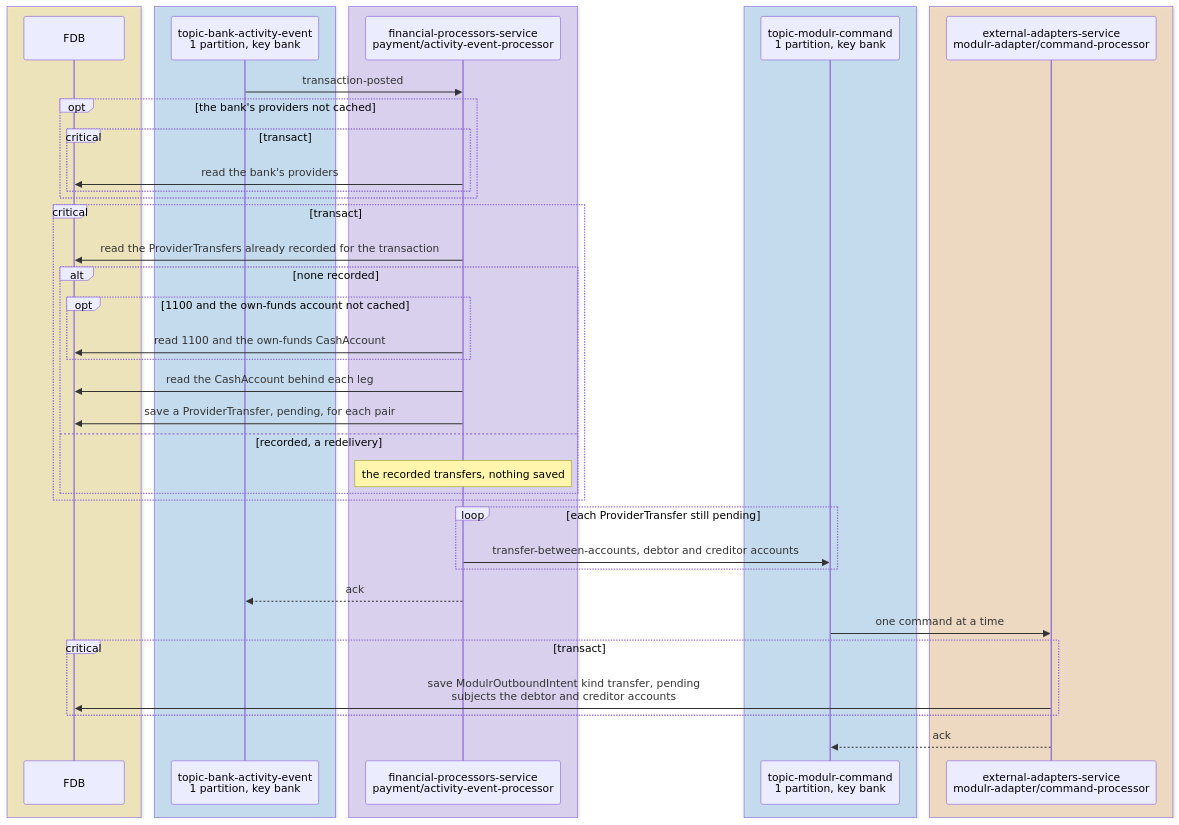
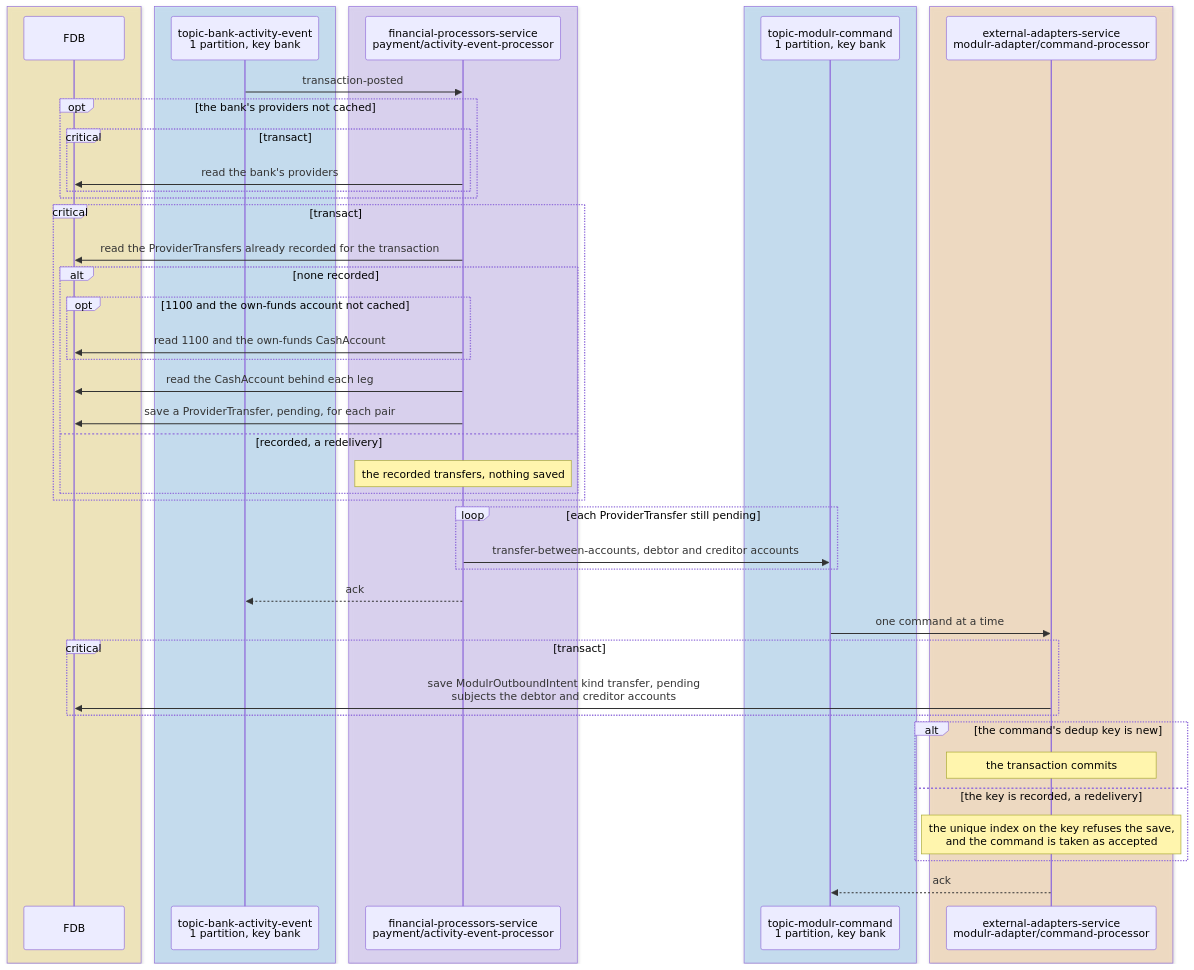
One commit to repldriven/queenswood changed the fifth of 7 diagrams in docs/tdd/payments-internal.md. Above: the diagram before and after it, drawn with Mermaid. The commit also changed other lines of this file, not shown here.

First line of the commit message:
Draw each FDB transaction as a commit to it, and name every participant as it is in the code

````diff
--- a/docs/tdd/payments-internal.md
+++ b/docs/tdd/payments-internal.md
@@ -170,45 +242,50 @@
 ```mermaid
 sequenceDiagram
     box rgba(255, 236, 153, 0.5)
     participant DB as FDB
     end
     box rgba(165, 216, 255, 0.45)
     participant AE as topic-bank-activity-event<br/>1 partition, key bank
     end
     box rgba(208, 191, 255, 0.45)
     participant AP as financial-processors-service<br/>payment/activity-event-processor
     end
     box rgba(165, 216, 255, 0.45)
     participant MC as topic-modulr-command<br/>1 partition, key bank
     end
     box rgba(255, 216, 168, 0.5)
     participant AD as external-adapters-service<br/>modulr-adapter/command-processor
     end
     AE->>AP: transaction-posted
     opt the bank's providers not cached
     critical transact
     AP->>DB: read the bank's providers
     end
     end
     critical transact
     AP->>DB: read the ProviderTransfers already recorded for the transaction
     alt none recorded
     opt 1100 and the own-funds account not cached
     AP->>DB: read 1100 and the own-funds CashAccount
     end
     AP->>DB: read the CashAccount behind each leg
     AP->>DB: save a ProviderTransfer, pending, for each pair
     else recorded, a redelivery
     Note over AP: the recorded transfers, nothing saved
     end
     end
     loop each ProviderTransfer still pending
     AP->>MC: transfer-between-accounts, debtor and creditor accounts
     end
     AP-->>AE: ack
     MC->>AD: one command at a time
     critical transact
     AD->>DB: save ModulrOutboundIntent kind transfer, pending<br/>subjects the debtor and creditor accounts
     end
+    alt the command's dedup key is new
+    Note over AD: the transaction commits
+    else the key is recorded, a redelivery
+    Note over AD: the unique index on the key refuses the save,<br/>and the command is taken as accepted
+    end
     AD-->>MC: ack
 ```
````
